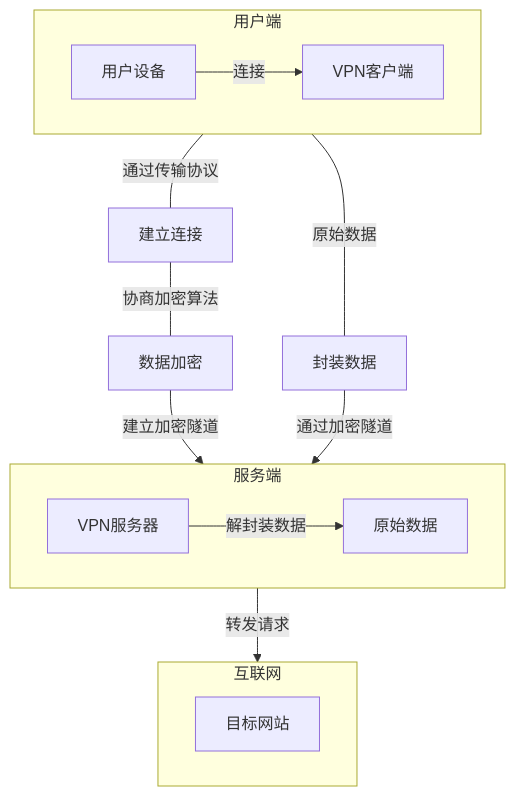
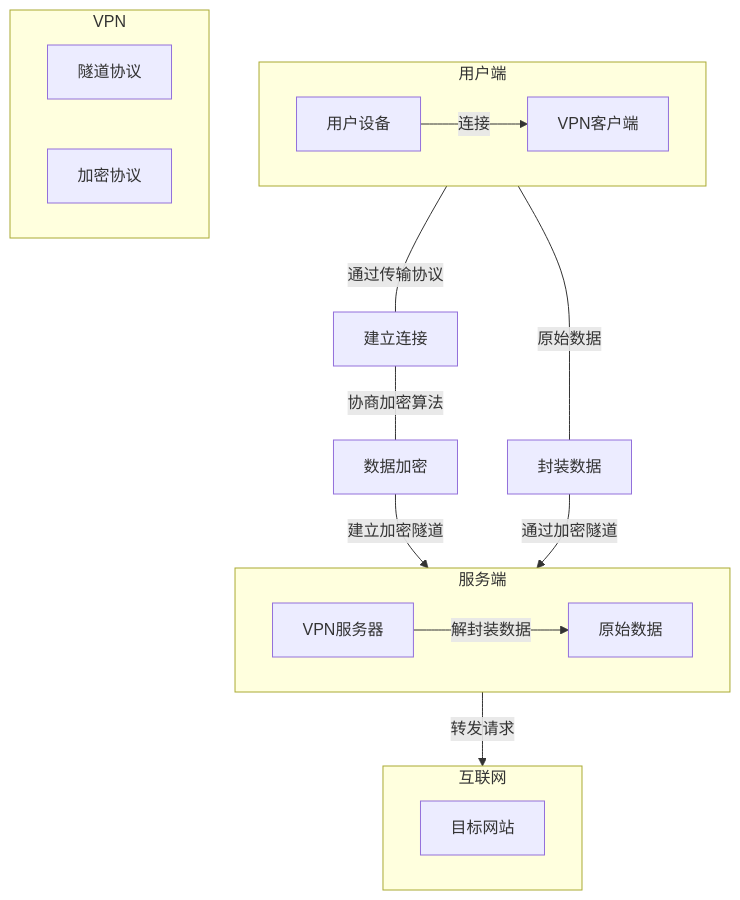
The second of 2 diagrams in content/🛜科学上网/翻墙协议讲解.md (baib-web/flowershow), drawn with Mermaid before and after one commit. The commit also changed other lines of this file, not shown here.

Commit message:
Update content content/🛜科学上网/翻墙协议讲解.md

````diff
--- a/content/🛜科学上网/翻墙协议讲解.md
+++ b/content/🛜科学上网/翻墙协议讲解.md
@@ -245,46 +245,50 @@
 ```mermaid
 graph TD
 
 subgraph 用户端
 
 A[用户设备]
 
 B[VPN客户端]
 
 end
 
 C[建立连接]
 
 D[数据加密]
 
 subgraph 服务端
 
 G[VPN服务器]
 
 H[原始数据]
 
 end
 
 subgraph 互联网
 
 目标网站
 
 end
 
 A -->|连接| B
 
 用户端 --- |通过传输协议|C
 
 C ---|协商加密算法| D
 
 D --> |建立加密隧道|服务端
 
 G --> |解封装数据|H
 
 用户端 --- |原始数据|封装数据
 
 封装数据 --> |通过加密隧道| 服务端
 
 服务端 --> |转发请求|互联网
 
+subgraph VPN
+隧道协议
+加密协议
+end
 ```
````
